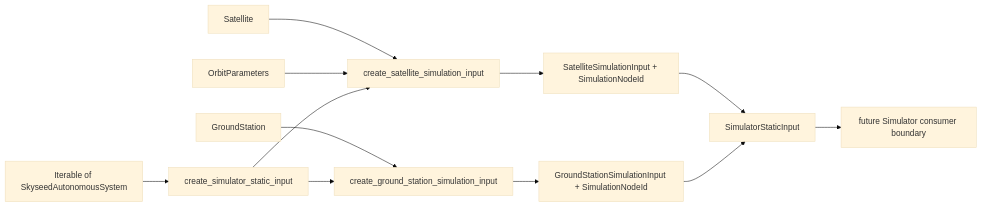
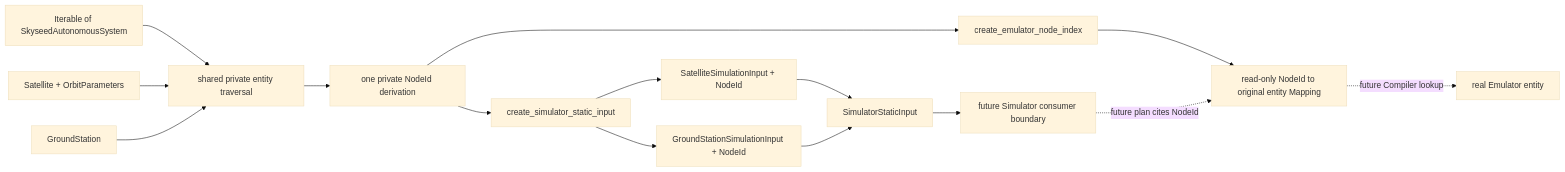
The sixth of 7 diagrams in skyseed_v2/docs/architecture/diagrams.md (seed-labs/skyseed), drawn with Mermaid (base theme) before and after one commit. The commit also changed other lines of this file and 47 other files, not shown here.

````diff
--- a/skyseed_v2/docs/architecture/diagrams.md
+++ b/skyseed_v2/docs/architecture/diagrams.md
@@ -130,14 +141,17 @@
 ```mermaid
 flowchart LR
-    SAT[Satellite] --> CS[create_satellite_simulation_input]
-    ORBIT[OrbitParameters] --> CS
-    GS[GroundStation] --> CG[create_ground_station_simulation_input]
-    AS[Iterable of SkyseedAutonomousSystem] --> CA[create_simulator_static_input]
-    CA --> CS
-    CA --> CG
-    CS --> SI[SatelliteSimulationInput + SimulationNodeId]
-    CG --> GI[GroundStationSimulationInput + SimulationNodeId]
+    AS[Iterable of SkyseedAutonomousSystem] --> WALK[shared private entity traversal]
+    SAT[Satellite + OrbitParameters] --> WALK
+    GS[GroundStation] --> WALK
+    WALK --> DERIVE[one private NodeId derivation]
+    DERIVE --> CA[create_simulator_static_input]
+    DERIVE --> CI[create_emulator_node_index]
+    CA --> SI[SatelliteSimulationInput + NodeId]
+    CA --> GI[GroundStationSimulationInput + NodeId]
     SI --> INPUT[SimulatorStaticInput]
     GI --> INPUT
+    CI --> INDEX[read-only NodeId to original entity Mapping]
     INPUT --> SIM[future Simulator consumer boundary]
+    SIM -. future plan cites NodeId .-> INDEX
+    INDEX -. future Compiler lookup .-> COMP[real Emulator entity]
 ```
````
